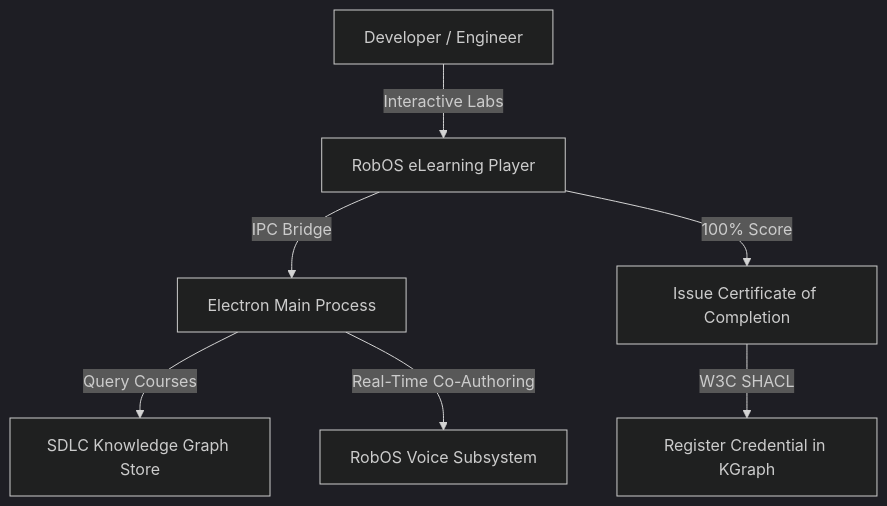
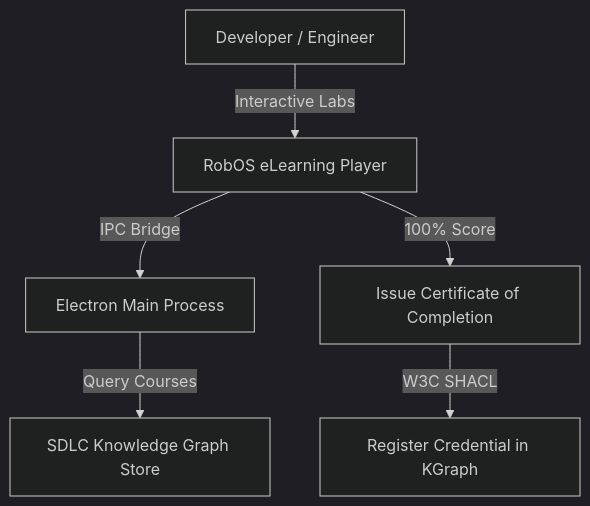
The diagram in docs/architecture/robos-elearning.md (nddipiazza/robos), drawn with Mermaid (dark theme) before and after one commit. The commit also changed 20 other files, not shown here.

````diff
--- a/docs/architecture/robos-elearning.md
+++ b/docs/architecture/robos-elearning.md
@@ -27,9 +27,8 @@
 ```mermaid
 graph TD
     Learner[Developer / Engineer] -->|Interactive Labs| Player[RobOS eLearning Player]
     Player -->|IPC Bridge| Main[Electron Main Process]
     Main -->|Query Courses| Graph[SDLC Knowledge Graph Store]
-    Main -->|Real-Time Co-Authoring| Voice[RobOS Voice Subsystem]
     Player -->|100% Score| Cert[Issue Certificate of Completion]
     Cert -->|W3C SHACL| Store[Register Credential in KGraph]
 ```
````
